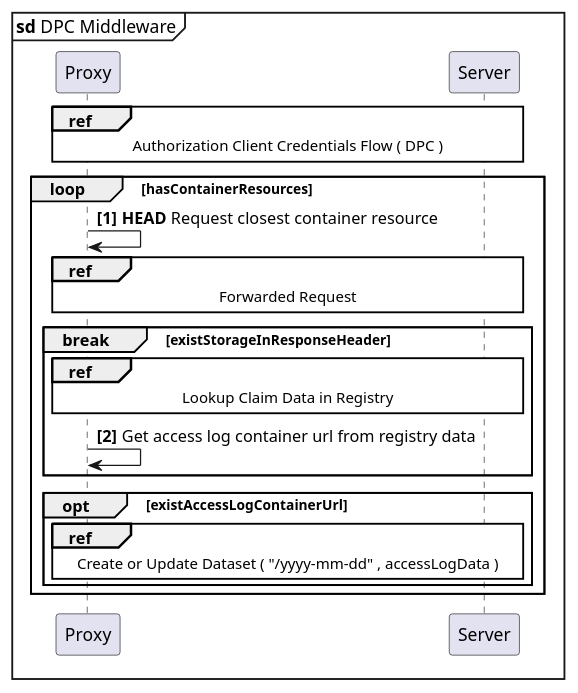
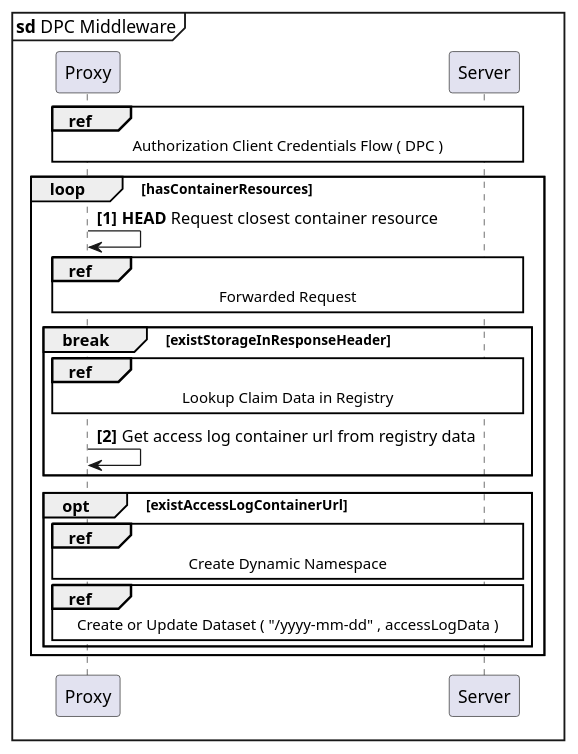
Before and after one commit to guddii/SEACT: the diagram in docs/resources/diagrams/sd_DPC_middleware.puml, drawn with PlantUML. The commit also changed 7557 other files, not shown here.

```diff
--- a/docs/resources/diagrams/sd_DPC_middleware.puml
+++ b/docs/resources/diagrams/sd_DPC_middleware.puml
@@ -1,26 +1,27 @@
 @startuml
 'https://plantuml.com/sequence-diagram
 
 skinparam sequenceReferenceBackgroundColor white
 
 mainframe **sd** DPC Middleware
 autonumber 1 1 "<b>[0]"
 
 participant "Proxy" as Proxy
 participant "Server" as Server
 
 ref over Proxy, Server  : Authorization Client Credentials Flow ( DPC )
 loop hasContainerResources
     Proxy   ->  Proxy   : <b>HEAD</b> Request closest container resource
 ref over Proxy, Server  : Forwarded Request
     break existStorageInResponseHeader
     ||5||
     ref over Proxy, Server  : Lookup Claim Data in Registry
     Proxy   -> Proxy        : Get access log container url from registry data
     end
 opt existAccessLogContainerUrl
 ||5||
+ref over Proxy, Server : Create Dynamic Namespace
 ref over Proxy, Server : Create or Update Dataset ( "/yyyy-mm-dd" , accessLogData )
 end
 end
 @enduml
```
